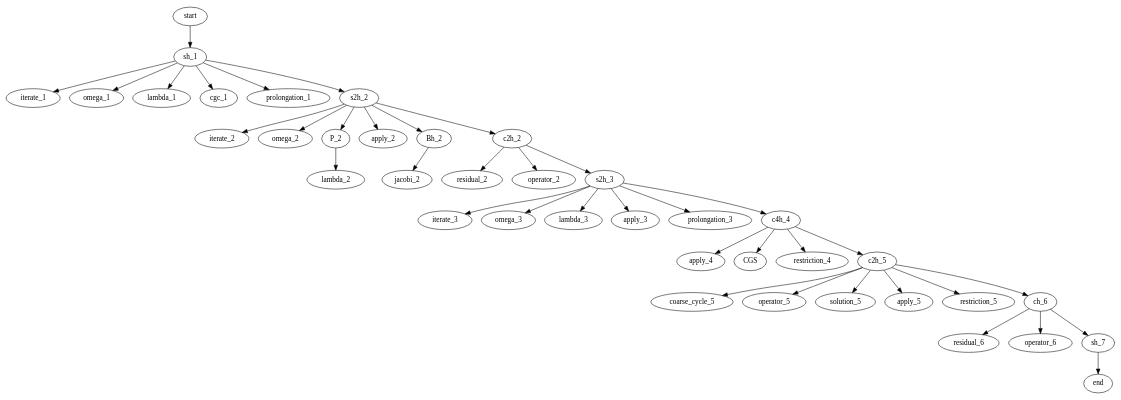
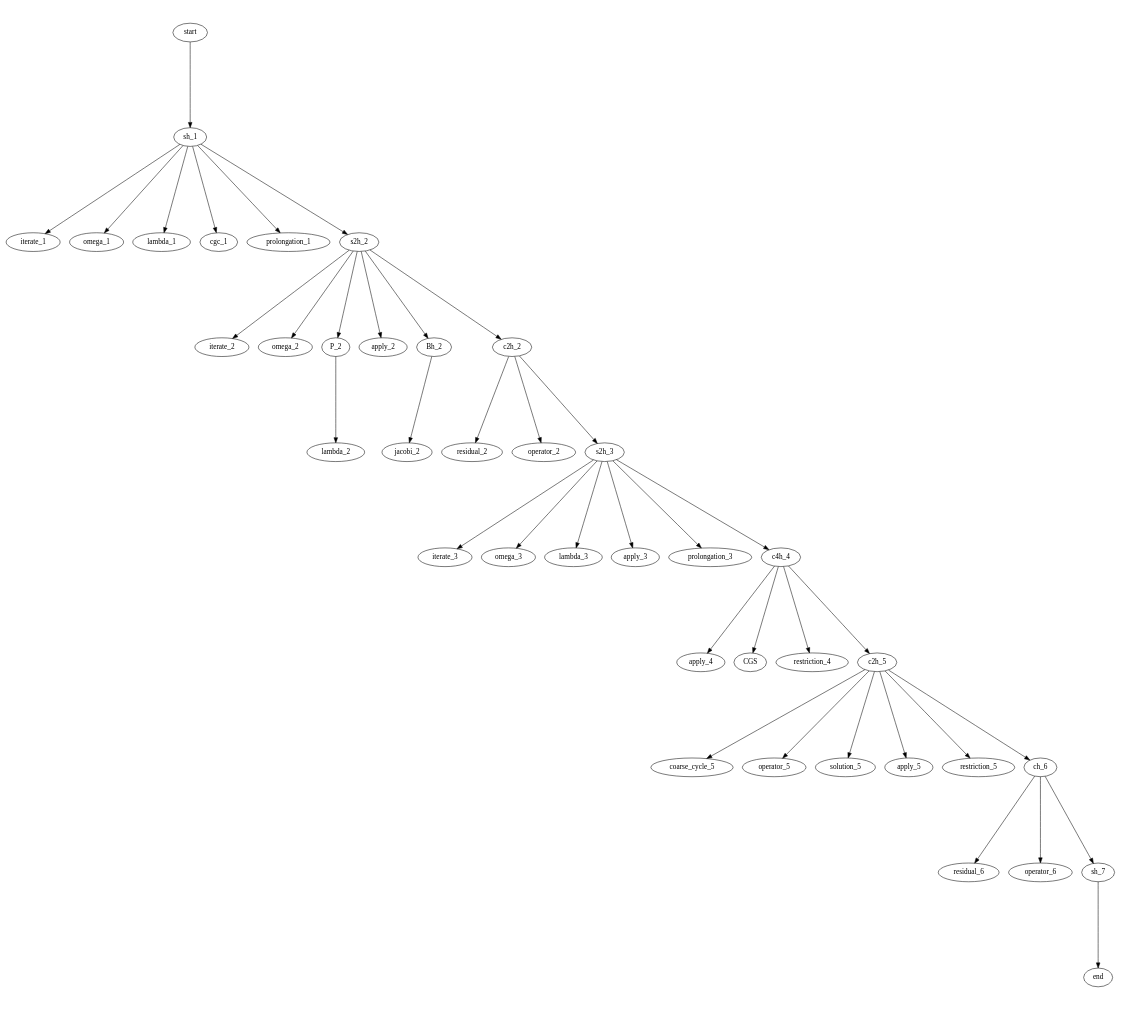
The diagram in tree_generation_scripts/three_grid_method_grammar_tree.dot (jonas-schmitt/thesis), drawn with Graphviz before and after one commit. The commit also changed 1 other file, not shown here.

```diff
--- a/tree_generation_scripts/three_grid_method_grammar_tree.dot
+++ b/tree_generation_scripts/three_grid_method_grammar_tree.dot
@@ -1,85 +1,85 @@
 digraph G {  
-  ratio=0.35;
+  ratio=0.9;
   ordering=in ;
   start [texlbl="$\langle S \rangle$"];
   start -> sh_1
   sh_1 [texlbl="$\langle s_h\rangle$"];
   sh_1 -> iterate_1
   sh_1 -> omega_1
   sh_1 -> lambda_1
   sh_1 -> cgc_1
   sh_1 -> prolongation_1
   sh_1 -> s2h_2
   iterate_1 [texlbl="\textsc{iterate}"];
   omega_1 [texlbl="$1.0$"];
   lambda_1 [texlbl="$\lambda$"];
   cgc_1 [texlbl="\textsc{cgc}"];
   prolongation_1 [texlbl="$I_{2h}^h$"];
   s2h_2 [texlbl="$\langle s_{2h}\rangle$"];
   s2h_2 -> iterate_2
   iterate_2 [texlbl="\textsc{iterate}"];
   s2h_2 -> omega_2
   omega_2 [texlbl="$0.6$"];
   s2h_2 -> P_2
   P_2 [texlbl="$\langle \mathcal P \rangle$"];
   P_2 -> lambda_2
   lambda_2 [texlbl="$\lambda$"];
   s2h_2 -> apply_2
   apply_2 [texlbl="\textsc{apply}"];
   s2h_2 -> Bh_2
   Bh_2 [texlbl="$\langle B_{2h} \rangle$"];
   Bh_2 -> jacobi_2
   jacobi_2 [texlbl="$D_{2h}^{-1}$"];
   s2h_2 -> c2h_2
 
   c2h_2 [texlbl="$\langle c_{2h} \rangle$"];
   c2h_2 -> residual_2
   residual_2 [texlbl="\textsc{residual}"];
   c2h_2 -> operator_2
   operator_2 [texlbl="$A_{2h}$"];
   c2h_2 -> s2h_3
   s2h_3 [texlbl="$\langle s_{2h}\rangle$"]; 
   s2h_3 -> iterate_3
   iterate_3 [texlbl="\textsc{iterate}"];
   s2h_3 -> omega_3
   omega_3 [texlbl="$1.0$"];
   s2h_3 -> lambda_3
   lambda_3 [texlbl="$\lambda$"];
   s2h_3 -> apply_3
   apply_3 [texlbl="\textsc{apply}"];
   s2h_3 -> prolongation_3
   prolongation_3 [texlbl="$I_{4h}^{2h}$"];
   s2h_3 -> c4h_4
   c4h_4 [texlbl="$\langle c_{4h} \rangle$"];
   apply_4 [texlbl="\textsc{apply}"];
   c4h_4 -> CGS
   CGS [texlbl="$A_{4h}^{-1}$"];
   c4h_4 -> apply_4
   apply_4 [texlbl="\textsc{apply}"];
   c4h_4 -> restriction_4
   restriction_4 [texlbl="$I_{2h}^{4h}$"];
   c4h_4 -> c2h_5
   c2h_5 [texlbl="$\langle c_{2h} \rangle$"];
   c2h_5 -> coarse_cycle_5
   coarse_cycle_5 [texlbl="\textsc{cge}"];
   c2h_5 -> operator_5
   operator_5 [texlbl="$A_{2h}$"];
   c2h_5 -> solution_5
   solution_5 [texlbl="$x^0_{2h}$"];
   c2h_5 -> apply_5
   apply_5 [texlbl="\textsc{apply}"];
   c2h_5 -> restriction_5
   restriction_5 [texlbl="$I_{h}^{2h}$"];
   c2h_5 -> ch_6
   ch_6 [texlbl="$\langle c_{h} \rangle$"];
   ch_6 -> residual_6
   residual_6 [texlbl="\textsc{residual}"];
   ch_6 -> operator_6
   operator_6 [texlbl="$A_{h}$"];
   ch_6 -> sh_7
   sh_7 [texlbl="$\langle s_{h} \rangle$"];
   sh_7 -> end
   
   
   end [texlbl="$(x_h^0, b_h, \lambda, \lambda)$"];
 }
```
